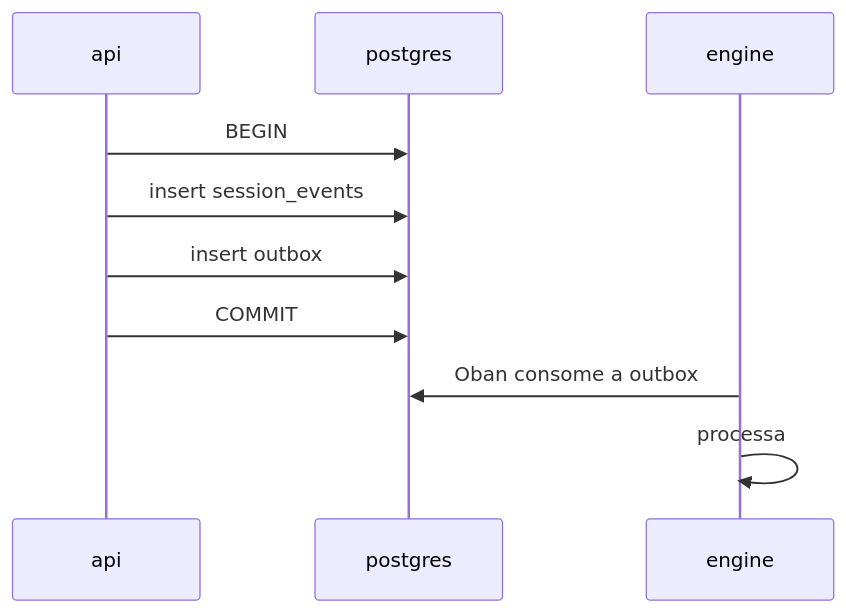
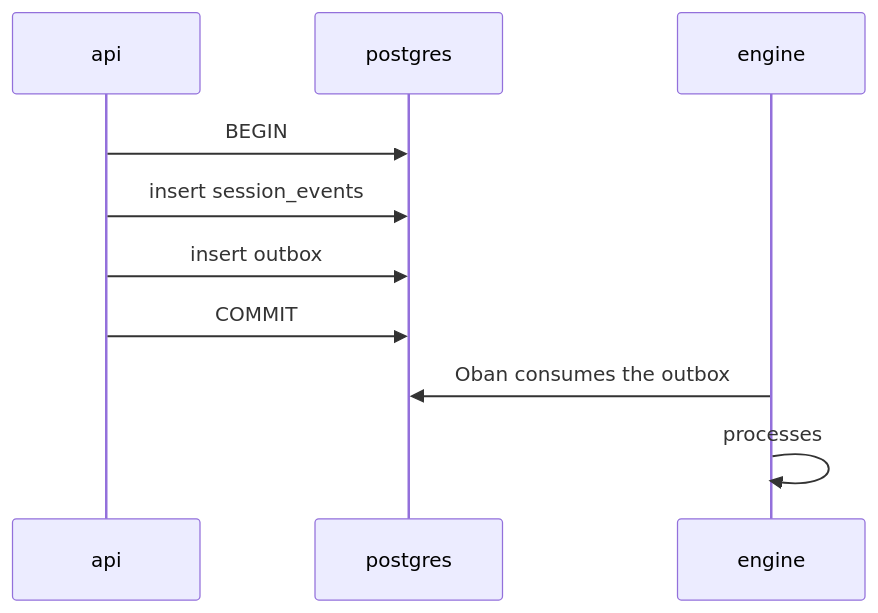
Before and after one commit to daneiel/brabo: the diagram in docs/reference/events.md, drawn with Mermaid. The commit also changed other lines of this file and 691 other files, not shown here.

````diff
--- a/docs/reference/events.md
+++ b/docs/reference/events.md
@@ -291,13 +295,13 @@
 ```mermaid
 sequenceDiagram
   participant A as api
   participant P as postgres
   participant E as engine
 
   A->>P: BEGIN
   A->>P: insert session_events
   A->>P: insert outbox
   A->>P: COMMIT
-  E->>P: Oban consome a outbox
-  E->>E: processa
+  E->>P: Oban consumes the outbox
+  E->>E: processes
 ```
````
